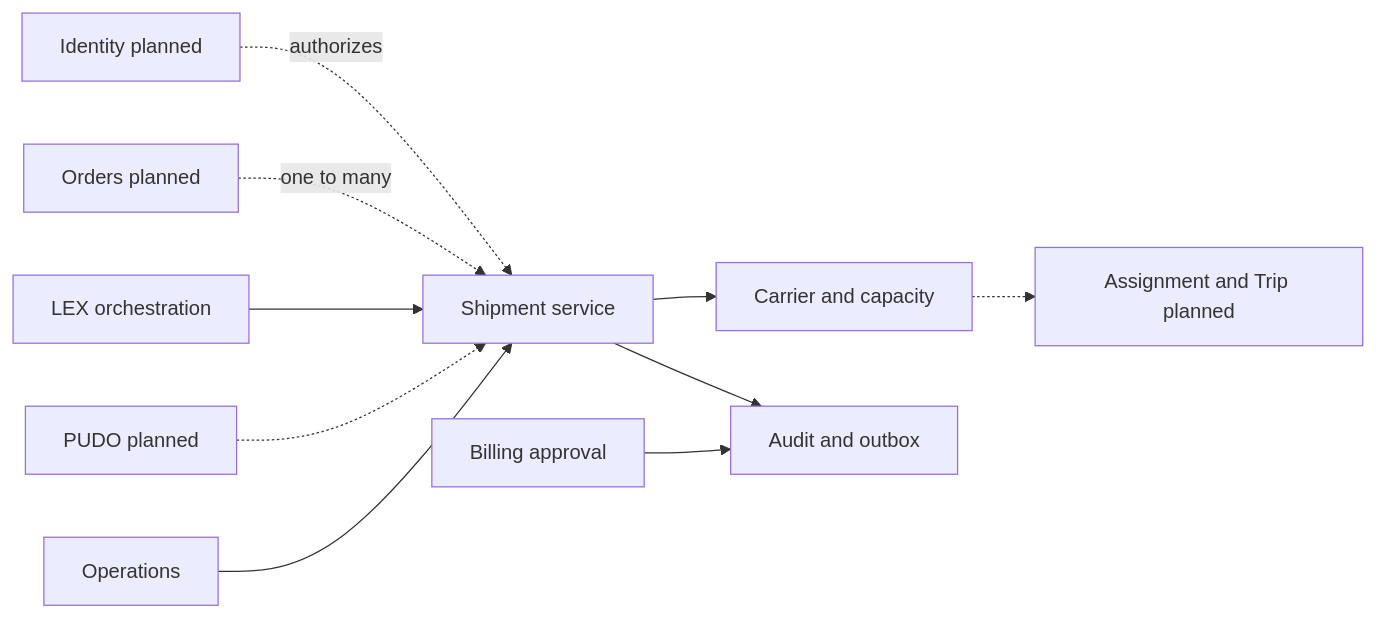
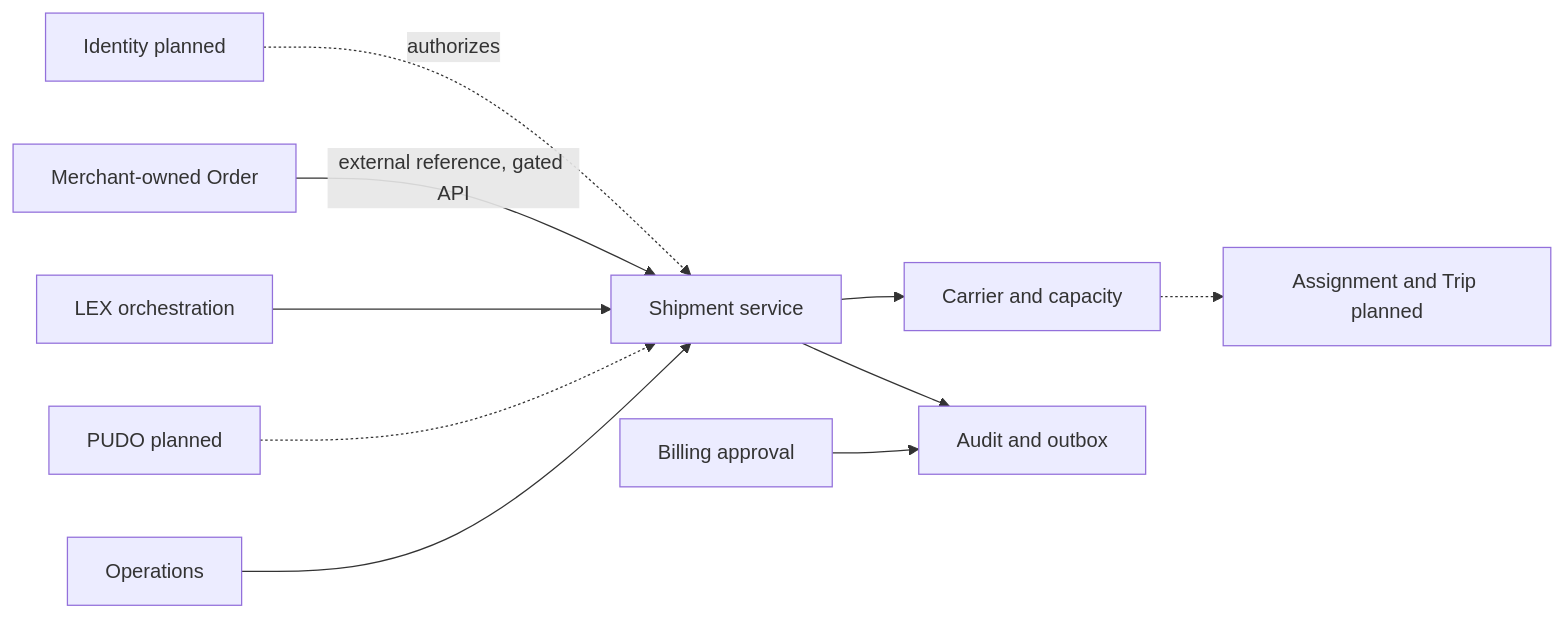
One commit to Stack-Sixth/Statelines-Lex-Backend changed the second of 8 diagrams in docs/ARCHITECTURE.md. Above: the diagram before and after it, drawn with Mermaid. The commit also changed other lines of this file and 17 other files, not shown here.

Commit message:
Add gated Merchant shipment integration API

````diff
--- a/docs/ARCHITECTURE.md
+++ b/docs/ARCHITECTURE.md
@@ -85,12 +85,12 @@
 ```mermaid
 flowchart LR
- Identity[Identity planned] -. authorizes .-> Shipment[Shipment service]
- Merchant[Orders planned] -. one to many .-> Shipment
+Identity[Identity planned] -. authorizes .-> Shipment[Shipment service]
+Merchant[Merchant-owned Order] -->|external reference, gated API| Shipment
  LEX[LEX orchestration] --> Shipment
  Shipment --> Carrier[Carrier and capacity]
  Carrier -.-> Assignment[Assignment and Trip planned]
  PUDO[PUDO planned] -.-> Shipment
  NOC[Operations] --> Shipment
  Shipment --> Audit[Audit and outbox]
  Billing[Billing approval] --> Audit
 ```
````
